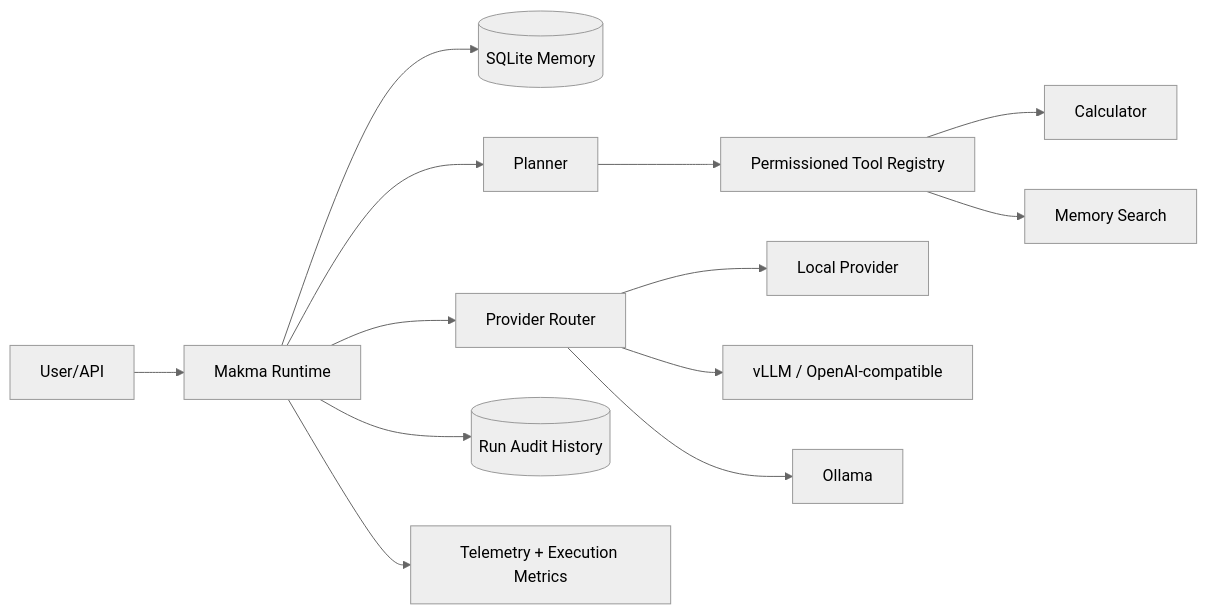
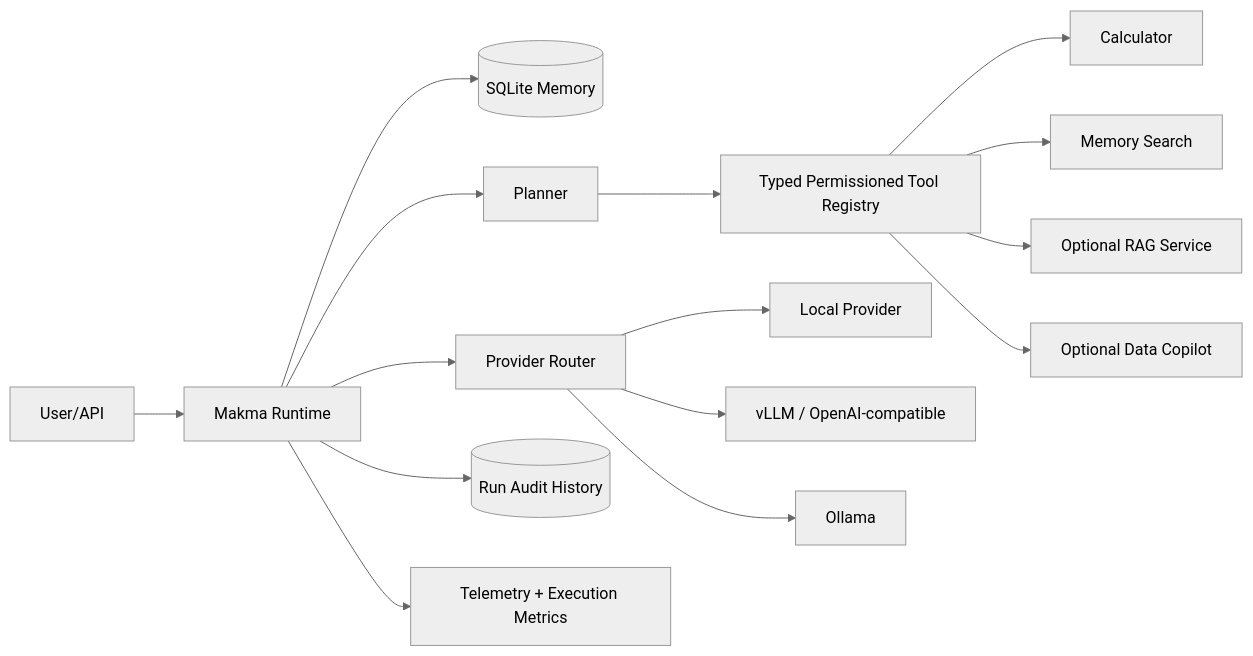
The diagram in README.md (maharshimak/makma-ai-os), drawn with Mermaid (neutral theme) before and after one commit. The commit also changed other lines of this file, not shown here.

Commit message:
docs(runtime): align architecture and limitations with upgraded core

````diff
--- a/README.md
+++ b/README.md
@@ -50,15 +52,17 @@
 ```mermaid
 flowchart LR
     U[User/API] --> O[Makma Runtime]
     O --> M[(SQLite Memory)]
     O --> P[Planner]
-    P --> T[Permissioned Tool Registry]
+    P --> T[Typed Permissioned Tool Registry]
     T --> C[Calculator]
     T --> S[Memory Search]
+    T --> RG[Optional RAG Service]
+    T --> DC[Optional Data Copilot]
     O --> R[Provider Router]
     R --> L[Local Provider]
     R --> V[vLLM / OpenAI-compatible]
     R --> OL[Ollama]
     O --> A[(Run Audit History)]
     O --> X[Telemetry + Execution Metrics]
 ```
````
